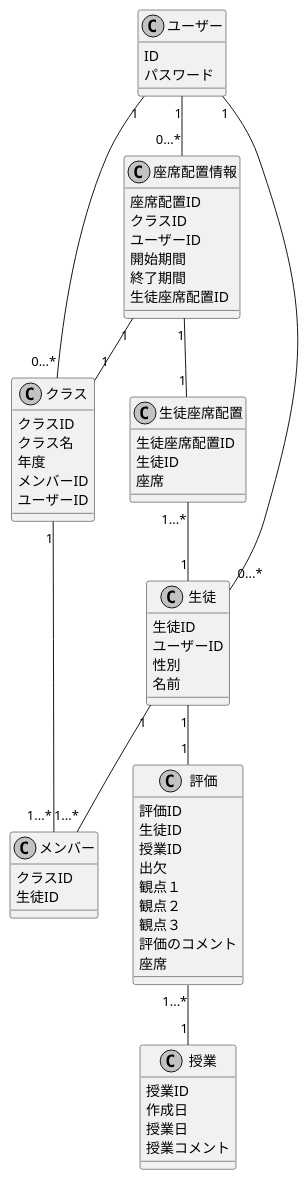
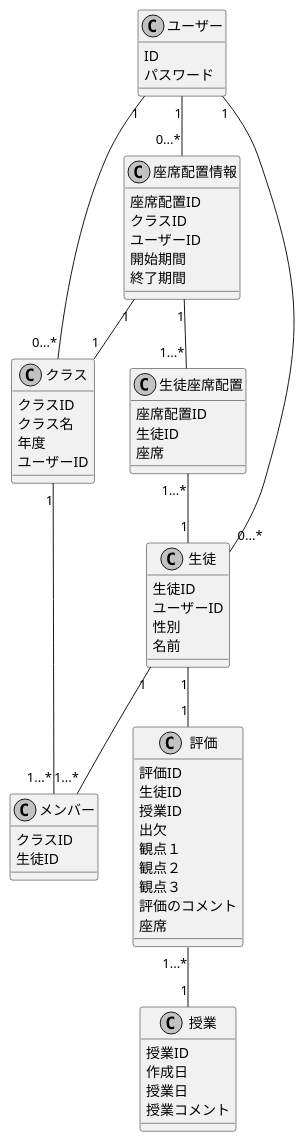
Before and after one commit to hatosableSAN/KTaNE-Expertingweb: the diagram in docs/class.pu, drawn with PlantUML.

Commit message:
update:生徒座席配置について変更しました

```diff
--- a/docs/class.pu
+++ b/docs/class.pu
@@ -1,76 +1,74 @@
 @startuml class_diagram
 skinparam monochrome true
 skinparam shadowing false
 ' クラスを定義
 
 class ユーザー{
     ID
     パスワード
 }
 
 class 生徒{
     生徒ID
     ユーザーID
     性別
     名前
 }
 class クラス{
     クラスID
     クラス名
     年度
-    メンバーID
     ユーザーID
 }
 class メンバー{
     クラスID
     生徒ID
 }
 class 座席配置情報{
     座席配置ID
     クラスID
     ユーザーID
     開始期間
     終了期間
-    生徒座席配置ID
 }
 class 生徒座席配置{
-    生徒座席配置ID
+    座席配置ID
     生徒ID
     座席
 }
 class 評価{
     評価ID
     生徒ID
     授業ID
     出欠
     観点１
     観点２
     観点３
     評価のコメント
     座席
 }
 
 class 授業{
     授業ID
     作成日
     授業日
     授業コメント
 }
 
 
 ' 関係を定義
 'left to right direction
 
-座席配置情報 "1"--"1" 生徒座席配置
+座席配置情報 "1"--"1...*" 生徒座席配置
 評価 "1...*" -- "1"  授業
 クラス "1" -- "1...*" メンバー
 生徒 "1" -- "1...*" メンバー
 生徒"1" -- "1" 評価
 ユーザー"1" -- "0...*" 生徒
 ユーザー"1" -- "0...*" 座席配置情報
 ユーザー"1" -- "0...*" クラス
 座席配置情報 "1" -- "1"クラス
 生徒座席配置 "1...*" -- "1" 生徒
 
 ' umlの終了を宣言
 @enduml
```
